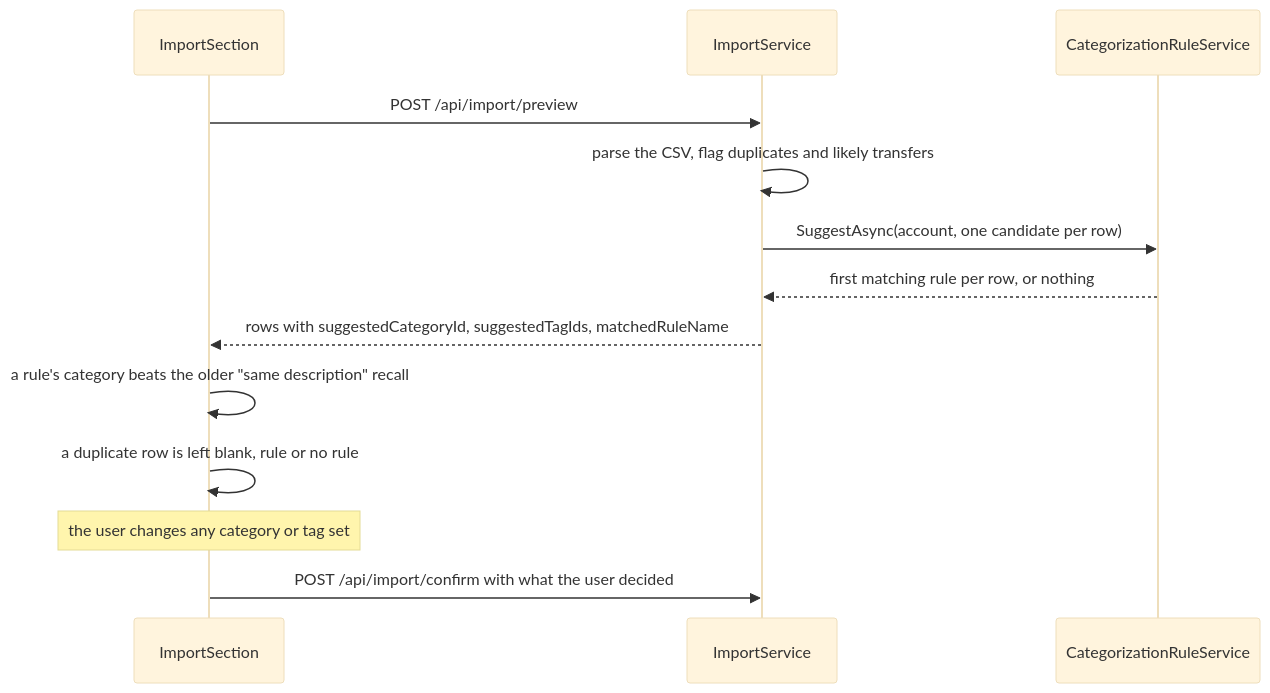
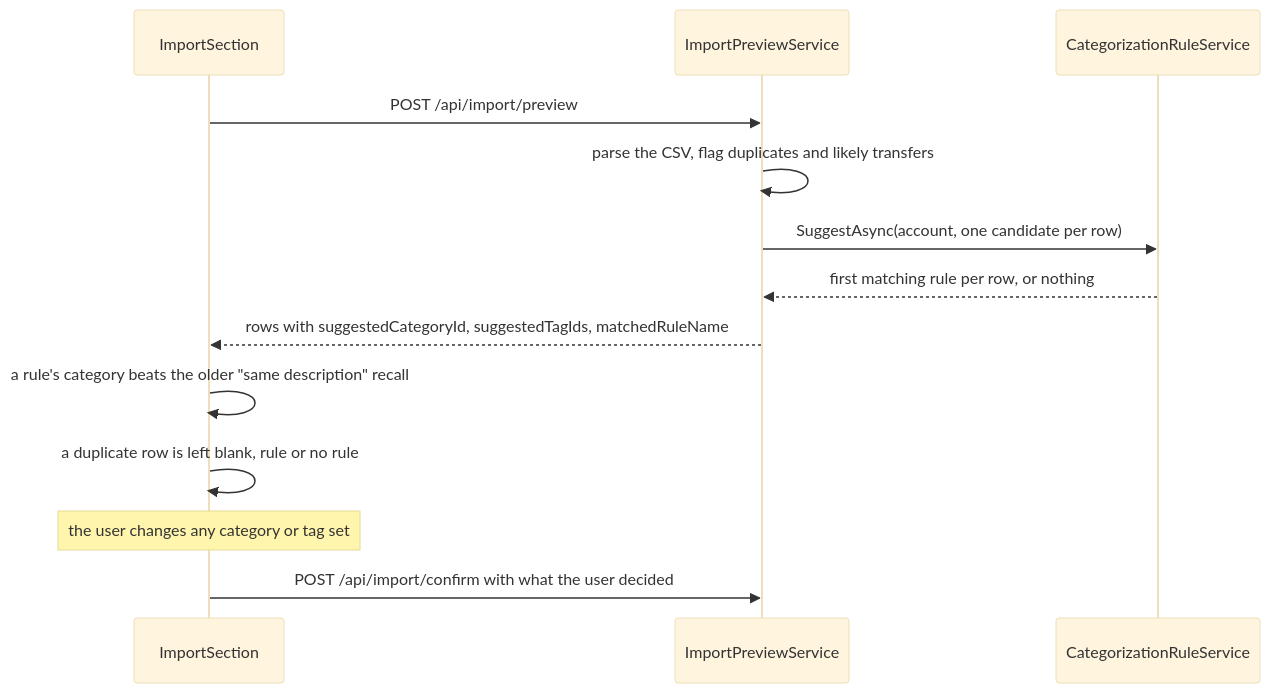
One commit to Justxs/Jx-Finance changed the third of 5 diagrams in docs/features/categorization-rules.md. Above: the diagram before and after it, drawn with Mermaid (base theme). The commit also changed other lines of this file and 108 other files, not shown here.

````diff
--- a/docs/features/categorization-rules.md
+++ b/docs/features/categorization-rules.md
@@ -104,15 +104,15 @@
 ```mermaid
 sequenceDiagram
     participant Dlg as ImportSection
-    participant Api as ImportService
+    participant Api as ImportPreviewService
     participant Rules as CategorizationRuleService
     Dlg->>Api: POST /api/import/preview
     Api->>Api: parse the CSV, flag duplicates and likely transfers
     Api->>Rules: SuggestAsync(account, one candidate per row)
     Rules-->>Api: first matching rule per row, or nothing
     Api-->>Dlg: rows with suggestedCategoryId, suggestedTagIds, matchedRuleName
     Dlg->>Dlg: a rule's category beats the older "same description" recall
     Dlg->>Dlg: a duplicate row is left blank, rule or no rule
     Note over Dlg: the user changes any category or tag set
     Dlg->>Api: POST /api/import/confirm with what the user decided
 ```
````
